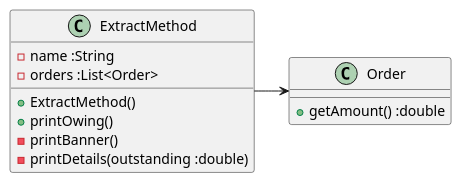
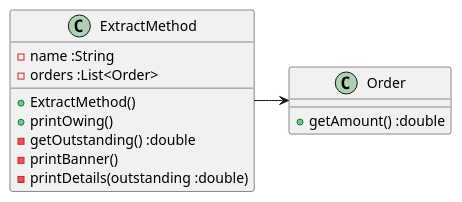
Before and after one commit to k2works/etude_for_java: the first of 2 diagrams in docs/src/refacotring_catalog.md, drawn with PlantUML. The commit also changed 4 other files, not shown here.

````diff
--- a/docs/src/refacotring_catalog.md
+++ b/docs/src/refacotring_catalog.md
@@ -15,16 +15,17 @@
 ```puml
 @startuml
 class ExtractMethod {
   -name :String
   -orders :List<Order>
   +ExtractMethod()
   +printOwing()
-  -printBanner()
+  -getOutstanding() :double
+  -printBanner()  
   -printDetails(outstanding :double)
 }
 class Order {
   + getAmount() :double
 }
 ExtractMethod  -> Order
 @enduml
 ```
````
